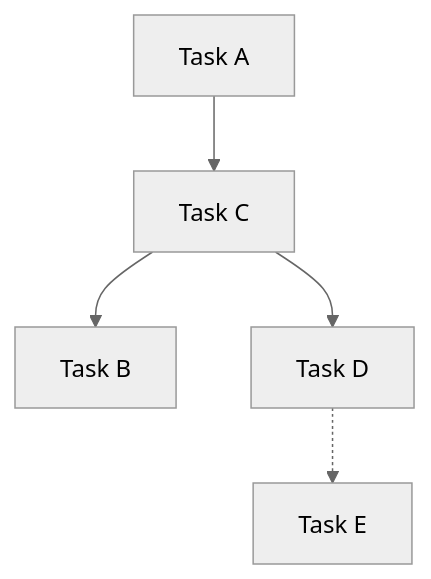
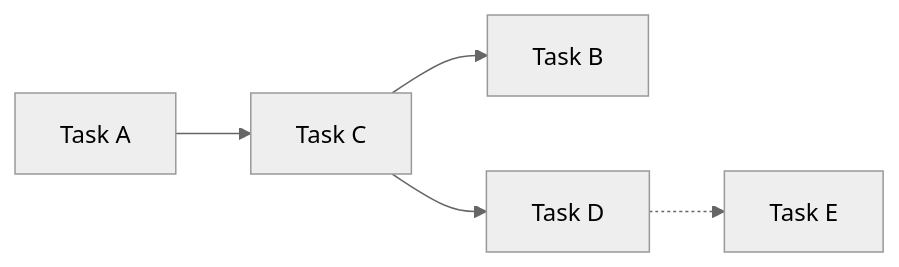
One commit to OverHCV/Intel-II changed the diagram in .cursor/parlang-guide.md. Above: the diagram before and after it, drawn with Mermaid (neutral theme).

Commit message:
LR Direction

````diff
--- a/.cursor/parlang-guide.md
+++ b/.cursor/parlang-guide.md
@@ -56,7 +56,7 @@
 ```mermaid
-graph TD
+graph LR
     A[Task A] --> C[Task C]
     C --> B[Task B]
     C --> D[Task D]
     D -.-> E[Task E]
 ```
````
